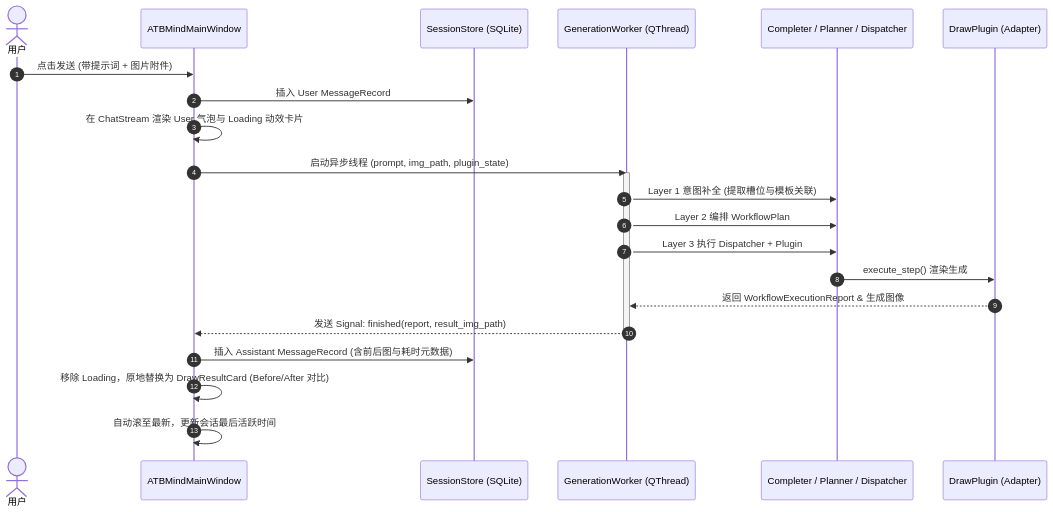
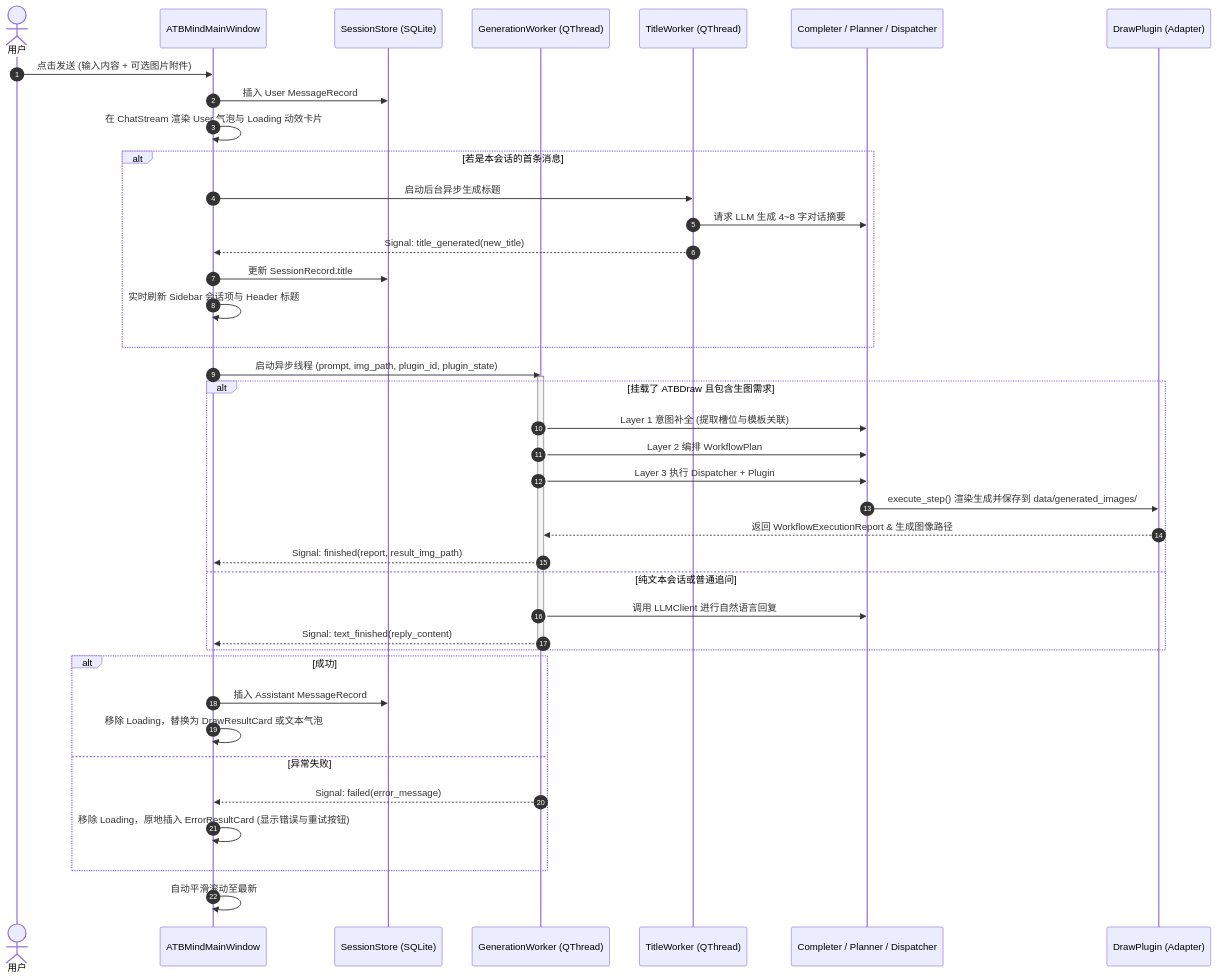
Before and after one commit to aitobox/ATBMind: the diagram in docs/superpowers/specs/2026-09-29-atbmind-ui-redesign-design.md, drawn with Mermaid. The commit also changed other lines of this file, not shown here.

````diff
--- a/docs/superpowers/specs/2026-09-29-atbmind-ui-redesign-design.md
+++ b/docs/superpowers/specs/2026-09-29-atbmind-ui-redesign-design.md
@@ -228,26 +235,47 @@
 ```mermaid
 sequenceDiagram
     autonumber
     actor User as 用户
     participant UI as ATBMindMainWindow
     participant Store as SessionStore (SQLite)
     participant Worker as GenerationWorker (QThread)
+    participant TitleW as TitleWorker (QThread)
     participant Core as Completer / Planner / Dispatcher
     participant Plugin as DrawPlugin (Adapter)
 
-    User->>UI: 点击发送 (带提示词 + 图片附件)
+    User->>UI: 点击发送 (输入内容 + 可选图片附件)
     UI->>Store: 插入 User MessageRecord
     UI->>UI: 在 ChatStream 渲染 User 气泡与 Loading 动效卡片
-    UI->>Worker: 启动异步线程 (prompt, img_path, plugin_state)
+    
+    alt 若是本会话的首条消息
+        UI->>TitleW: 启动后台异步生成标题
+        TitleW->>Core: 请求 LLM 生成 4~8 字对话摘要
+        TitleW-->>UI: Signal: title_generated(new_title)
+        UI->>Store: 更新 SessionRecord.title
+        UI->>UI: 实时刷新 Sidebar 会话项与 Header 标题
+    end
+
+    UI->>Worker: 启动异步线程 (prompt, img_path, plugin_id, plugin_state)
     activate Worker
-    Worker->>Core: Layer 1 意图补全 (提取槽位与模板关联)
-    Worker->>Core: Layer 2 编排 WorkflowPlan
-    Worker->>Core: Layer 3 执行 Dispatcher + Plugin
-    Core->>Plugin: execute_step() 渲染生成
-    Plugin-->>Worker: 返回 WorkflowExecutionReport & 生成图像
-    Worker-->>UI: 发送 Signal: finished(report, result_img_path)
+    alt 挂载了 ATBDraw 且包含生图需求
+        Worker->>Core: Layer 1 意图补全 (提取槽位与模板关联)
+        Worker->>Core: Layer 2 编排 WorkflowPlan
+        Worker->>Core: Layer 3 执行 Dispatcher + Plugin
+        Core->>Plugin: execute_step() 渲染生成并保存到 data/generated_images/
+        Plugin-->>Worker: 返回 WorkflowExecutionReport & 生成图像路径
+        Worker-->>UI: Signal: finished(report, result_img_path)
+    else 纯文本会话或普通追问
+        Worker->>Core: 调用 LLMClient 进行自然语言回复
+        Worker-->>UI: Signal: text_finished(reply_content)
+    end
     deactivate Worker
-    UI->>Store: 插入 Assistant MessageRecord (含前后图与耗时元数据)
-    UI->>UI: 移除 Loading，原地替换为 DrawResultCard (Before/After 对比)
-    UI->>UI: 自动滚至最新，更新会话最后活跃时间
+
+    alt 成功
+        UI->>Store: 插入 Assistant MessageRecord
+        UI->>UI: 移除 Loading，替换为 DrawResultCard 或文本气泡
+    else 异常失败
+        Worker-->>UI: Signal: failed(error_message)
+        UI->>UI: 移除 Loading，原地插入 ErrorResultCard (显示错误与重试按钮)
+    end
+    UI->>UI: 自动平滑滚动至最新
 ```
````
